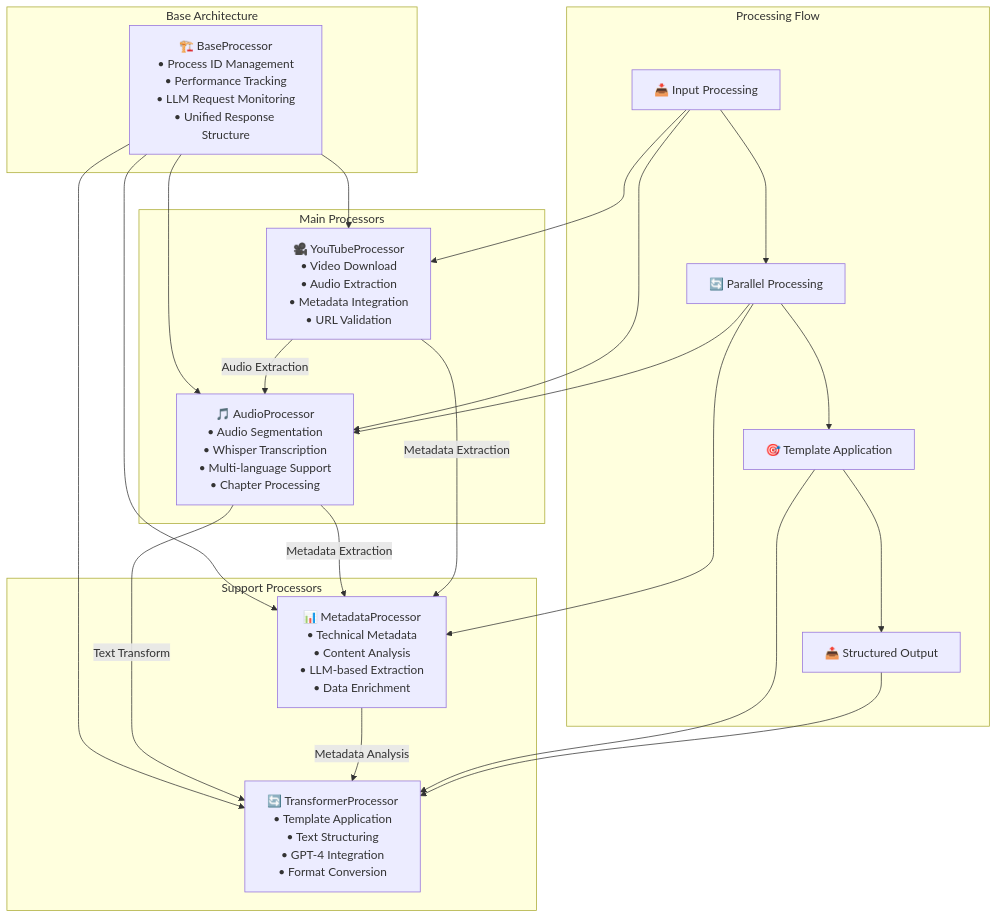
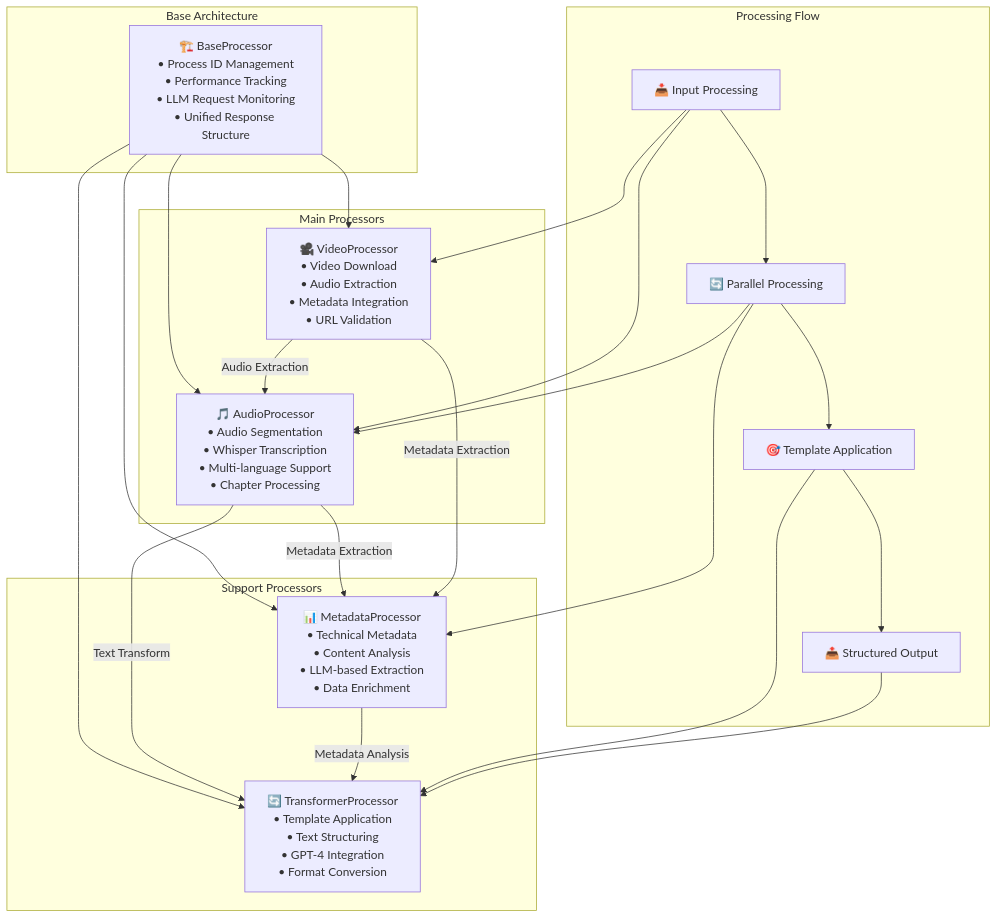
The second of 7 diagrams in docs/powerpoint/Secretary_Services_Präsentation.md (bCommonsLAB/CommonSecretaryServices), drawn with Mermaid before and after one commit. The commit also changed other lines of this file and 1 other file, not shown here.

````diff
--- a/docs/powerpoint/Secretary_Services_Präsentation.md
+++ b/docs/powerpoint/Secretary_Services_Präsentation.md
@@ -152,51 +152,51 @@
 ```mermaid
 graph TD
     subgraph "Base Architecture"
         A["🏗️ BaseProcessor<br/>• Process ID Management<br/>• Performance Tracking<br/>• LLM Request Monitoring<br/>• Unified Response Structure"]
     end
     
     subgraph "Main Processors"
         B["🎵 AudioProcessor<br/>• Audio Segmentation<br/>• Whisper Transcription<br/>• Multi-language Support<br/>• Chapter Processing"]
         
-        C["🎥 YouTubeProcessor<br/>• Video Download<br/>• Audio Extraction<br/>• Metadata Integration<br/>• URL Validation"]
+        C["🎥 VideoProcessor<br/>• Video Download<br/>• Audio Extraction<br/>• Metadata Integration<br/>• URL Validation"]
     end
     
     subgraph "Support Processors"
         D["🔄 TransformerProcessor<br/>• Template Application<br/>• Text Structuring<br/>• GPT-4 Integration<br/>• Format Conversion"]
         
         E["📊 MetadataProcessor<br/>• Technical Metadata<br/>• Content Analysis<br/>• LLM-based Extraction<br/>• Data Enrichment"]
     end
     
     subgraph "Processing Flow"
         F["📥 Input Processing"]
         G["🔄 Parallel Processing"]
         H["🎯 Template Application"]
         I["📤 Structured Output"]
     end
     
     %% Inheritance relationships
     A --> B
     A --> C
     A --> D
     A --> E
     
     %% Processor interdependencies
     C --> |"Audio Extraction"| B
     B --> |"Text Transform"| D
     E --> |"Metadata Analysis"| D
     B --> |"Metadata Extraction"| E
     C --> |"Metadata Extraction"| E
     
     %% Processing flow
     F --> G
     G --> H
     H --> I
     
     %% Flow connections to processors
     F --> B
     F --> C
     G --> B
     G --> E
     H --> D
     I --> D
 ```
````
